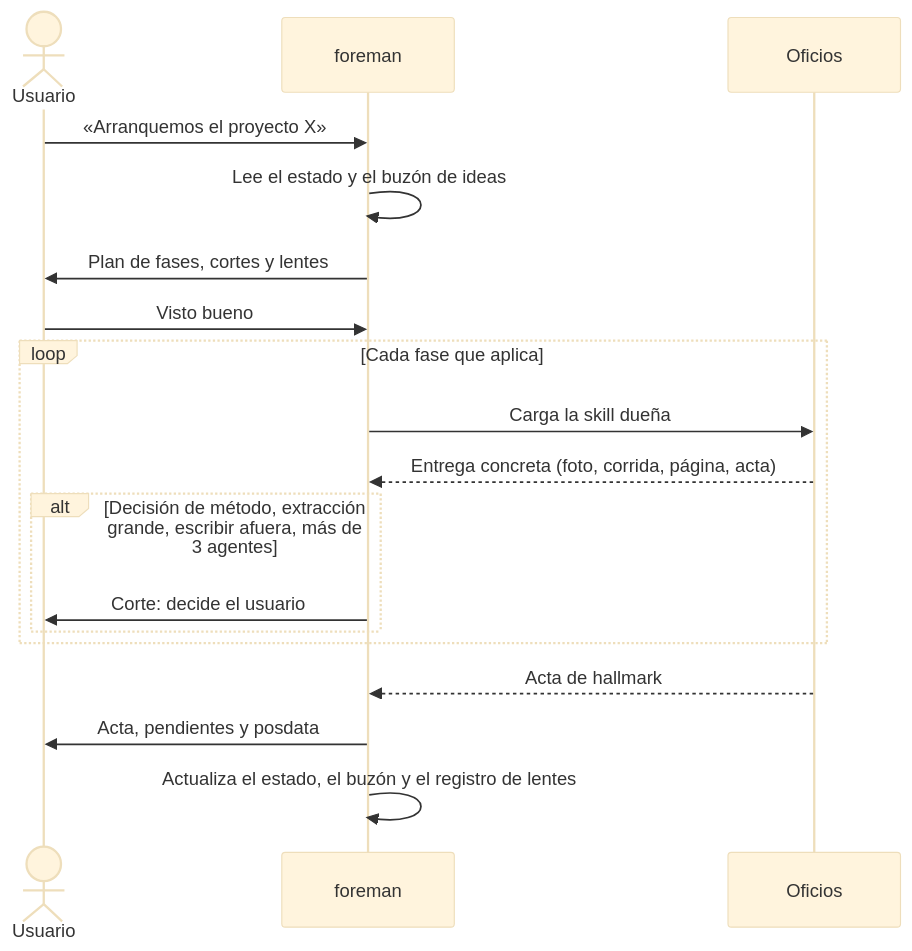
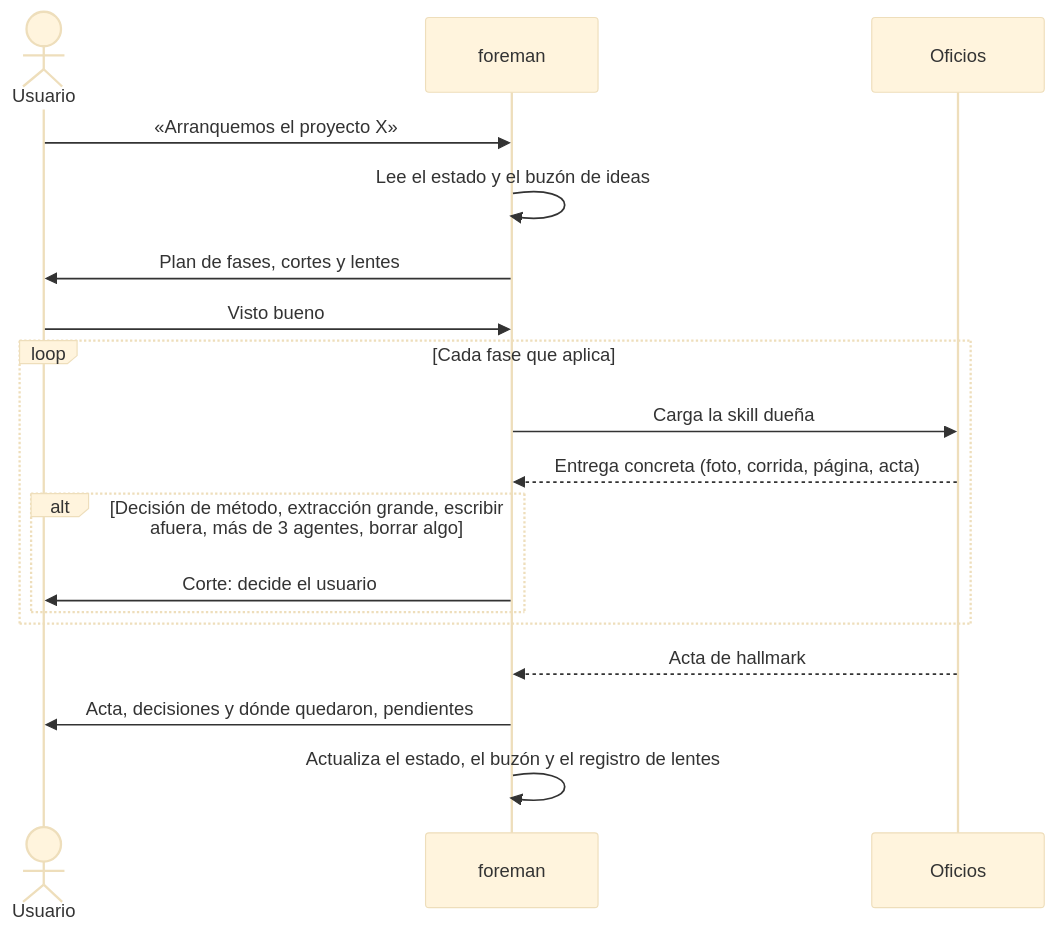
The second of 2 diagrams in README.md (joacom369/guild), drawn with Mermaid (base theme) before and after one commit. The commit also changed other lines of this file and 34 other files, not shown here.

````diff
--- a/README.md
+++ b/README.md
@@ -34,20 +39,20 @@
 ```mermaid
 sequenceDiagram
   actor U as Usuario
   participant F as foreman
   participant S as Oficios
   U->>F: «Arranquemos el proyecto X»
   F->>F: Lee el estado y el buzón de ideas
   F->>U: Plan de fases, cortes y lentes
   U->>F: Visto bueno
   loop Cada fase que aplica
     F->>S: Carga la skill dueña
     S-->>F: Entrega concreta (foto, corrida, página, acta)
-    alt Decisión de método, extracción grande, escribir afuera, más de 3 agentes
+    alt Decisión de método, extracción grande, escribir afuera, más de 3 agentes, borrar algo
       F->>U: Corte: decide el usuario
     end
   end
   S-->>F: Acta de hallmark
-  F->>U: Acta, pendientes y posdata
+  F->>U: Acta, decisiones y dónde quedaron, pendientes
   F->>F: Actualiza el estado, el buzón y el registro de lentes
 ```
````
